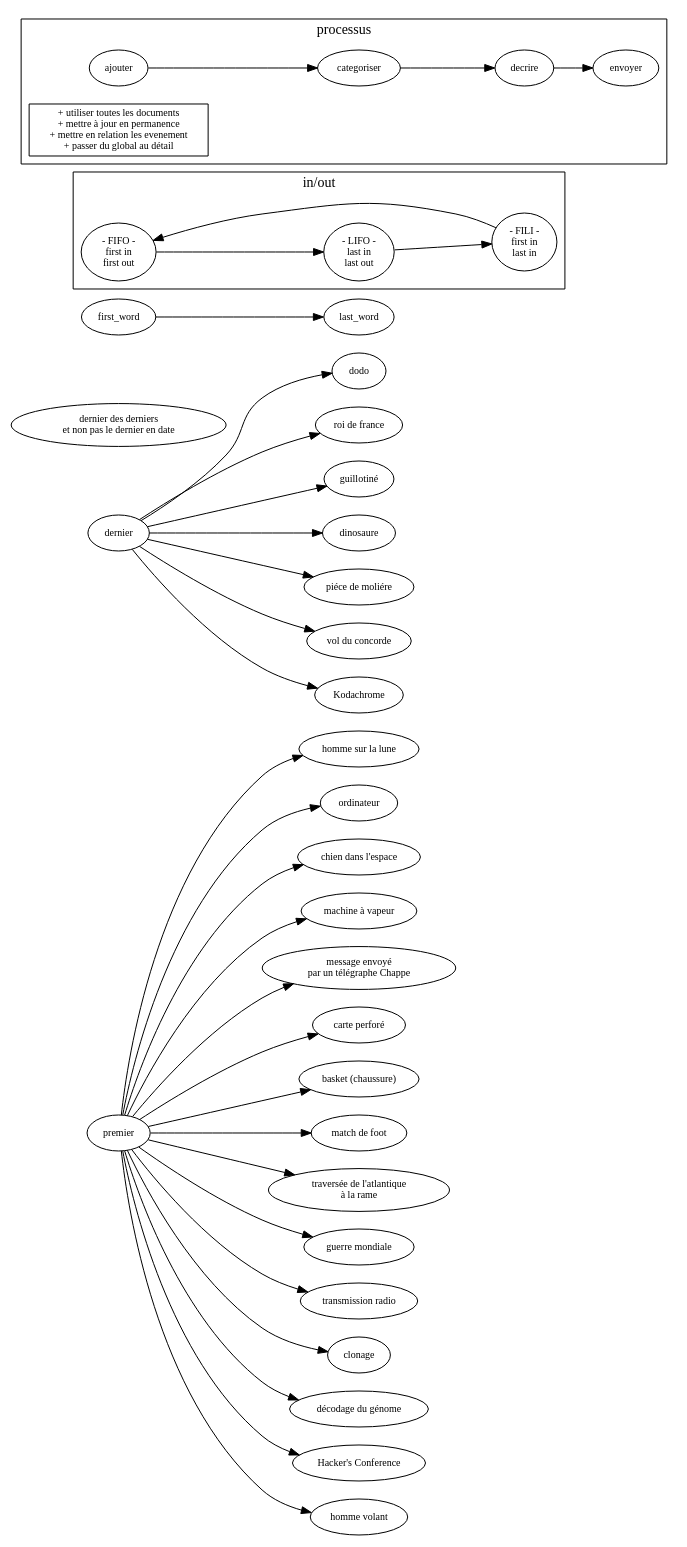
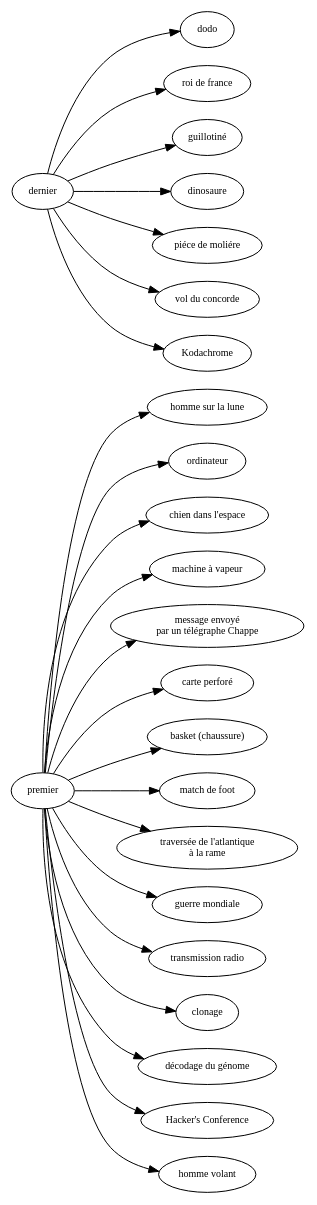
The diagram in sujet.dot (ensad-nancy/first-last), drawn with Graphviz before and after one commit.

Commit message:
+ +// + +layout= "dot"

```diff
--- a/sujet.dot
+++ b/sujet.dot
@@ -1,68 +1,43 @@
 digraph {
 
+
+	// 
+	
+	
 	layout= "dot"
-	
 
 	fontname="myriadpro"
 	fontsize = 14
 	rankdir="LR"
 	
 	
 	node [fontname="myriadpro", fontsize = 10]
 	edge [fontname="monaco", fontsize = 9]
 	
 	first [label="premier"]
 	last [label="dernier"]
-
-	"dernier des derniers\n et non pas le dernier en date" 
-
 	first -> "homme sur la lune"
 	first -> "ordinateur"
 	first -> "chien dans l'espace"
 	first -> "machine à vapeur"
 	first -> "message envoyé\npar un télégraphe Chappe"
 	first -> "carte perforé"
 	first -> "basket (chaussure)"
 	first -> "match de foot"
 	first -> "traversée de l'atlantique\nà la rame"
 	first -> "guerre mondiale"
 	first -> "transmission radio"
 	first -> "clonage"
 	first -> "décodage du génome"
 	first -> "Hacker's Conference"
 	first -> "homme volant"
 	
 	last -> dodo
 	last -> "roi de france"
 	last -> "guillotiné"
 	last -> "dinosaure"
 	last -> "piéce de moliére"
 	last -> "vol du concorde"
 	last -> "Kodachrome"
 
-	first_word -> last_word
-	subgraph cluster_FO{
-	
-		label="in/out"
-		
-		FIFO [label="- FIFO -\nfirst in\nfirst out"]
-		LIFO [label="- LIFO -\nlast in\nlast out"]
-		FILI [label="- FILI -\nfirst in\n last in"]
-
-		FILI -> FIFO -> LIFO -> FILI
-	}
-	
-	subgraph cluster_process {
-		
-		label="processus"
-		
-		//get [label="récolter"]
-		
-		ajouter -> categoriser -> decrire -> envoyer
-		
-		"+ utiliser toutes les documents
-+ mettre à jour en permanence
-+ mettre en relation les evenement
-+ passer du global au détail" [ shape=box]
-	}
 }
```
